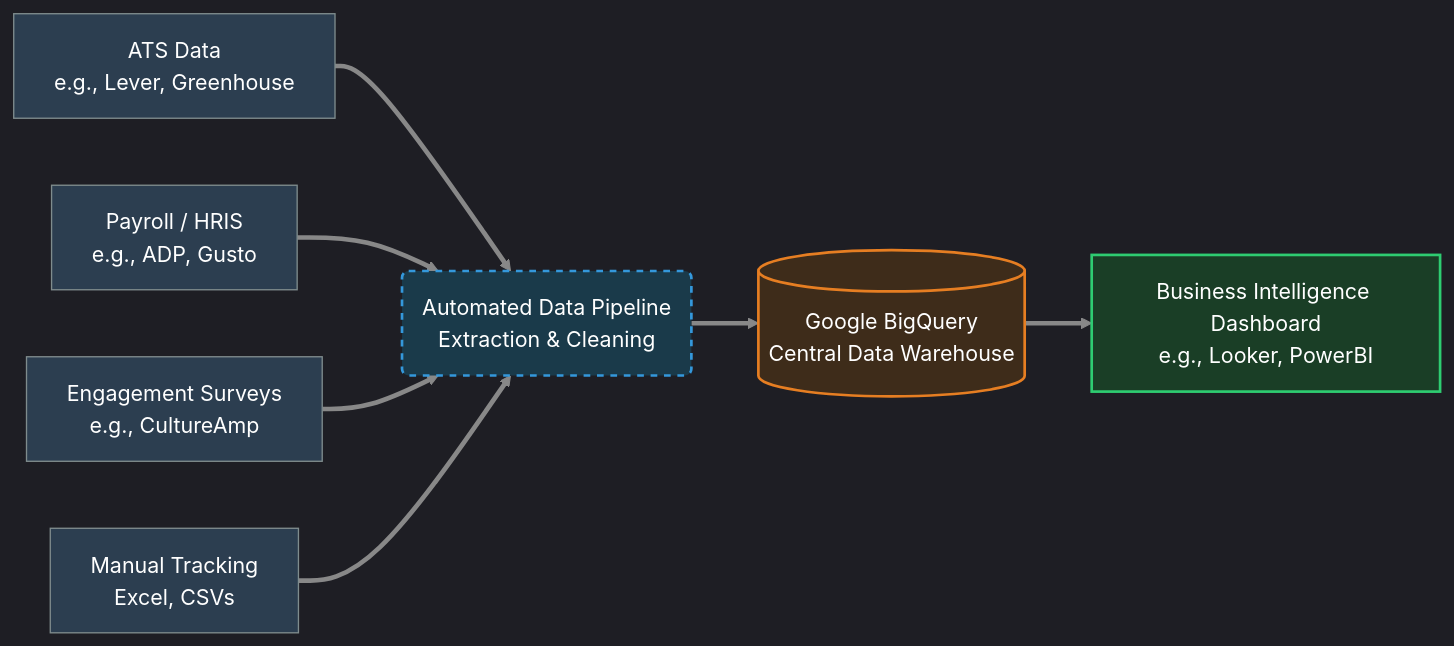
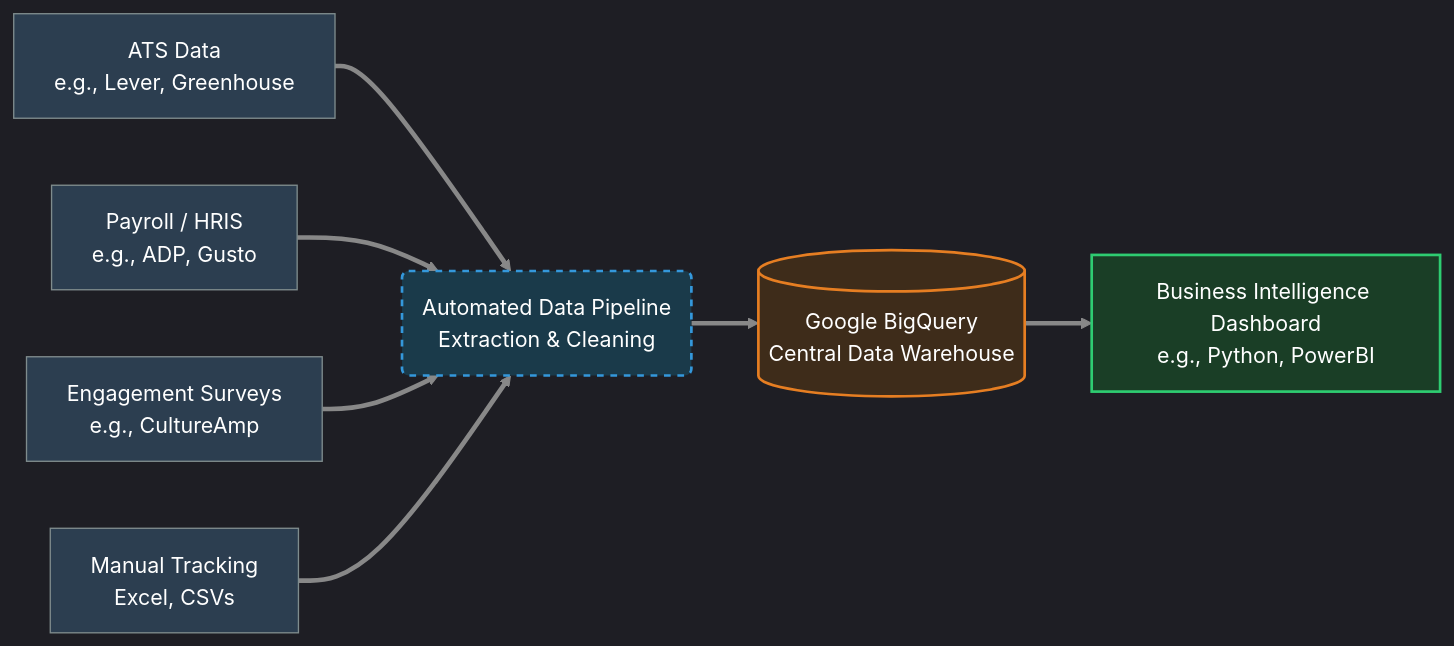
Before and after one commit to 007Ian/Ians_Work: the diagram in Streamlining_Data/streamlining_data.qmd, drawn with Mermaid. The commit also changed 12 other files, not shown here.

````diff
--- a/Streamlining_Data/streamlining_data.qmd
+++ b/Streamlining_Data/streamlining_data.qmd
@@ -31,30 +31,30 @@
 ```{mermaid}
 graph LR
     %%{init: {'theme': 'dark', 'themeVariables': { 'primaryTextColor': '#fff', 'lineColor': '#888'}}}%%
     
     %% Define dark mode styles with increased contrast
     classDef source fill:#2c3e50,stroke:#7f8c8d,stroke-width:1px,color:white;
     classDef pipeline fill:#1a3a4a,stroke:#3498db,stroke-width:2px,color:white,stroke-dasharray: 5 5;
     classDef warehouse fill:#3e2c1a,stroke:#e67e22,stroke-width:2px,color:white;
     classDef dashboard fill:#1a3e26,stroke:#2ecc71,stroke-width:2px,color:white;
 
     %% Nodes
     A[ATS Data<br>e.g., Lever, Greenhouse]:::source
     B[Payroll / HRIS<br>e.g., ADP, Gusto]:::source
     C[Engagement Surveys<br>e.g., CultureAmp]:::source
     D[Manual Tracking<br>Excel, CSVs]:::source
     
     E(Automated Data Pipeline<br>Extraction & Cleaning):::pipeline
     
     F[(Google BigQuery<br>Central Data Warehouse)]:::warehouse
     
-    G[Business Intelligence Dashboard<br>e.g., Looker, PowerBI]:::dashboard
+    G[Business Intelligence Dashboard<br>e.g., Python, PowerBI]:::dashboard
 
     %% Flow - thickened lines for dark background visibility
     A ==> E
     B ==> E
     C ==> E
     D ==> E
     E ==> F
     F ==> G
 ```
````
